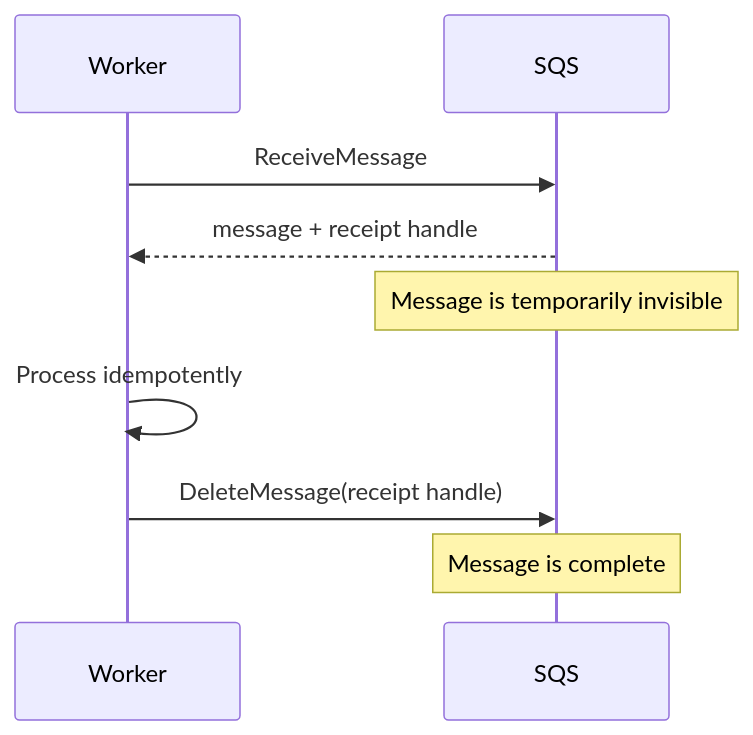
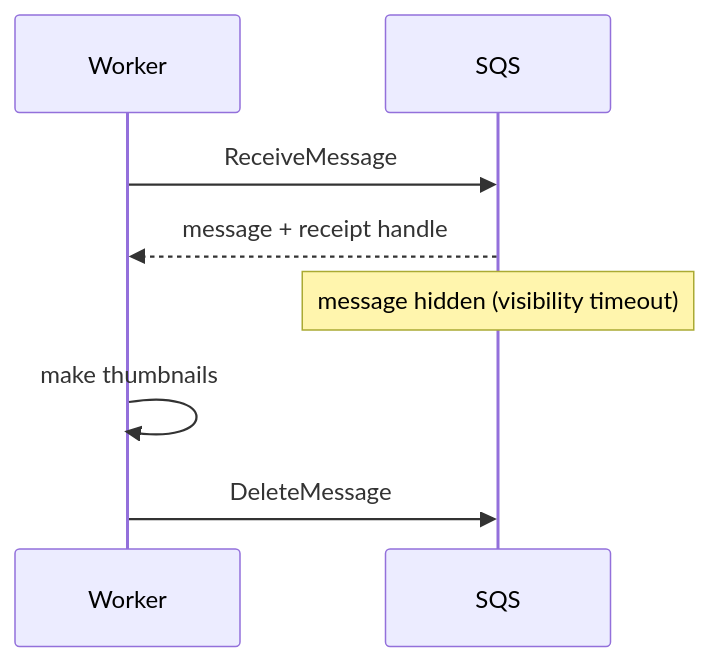
Before and after one commit to alanqi03/sys-design: the diagram in queues/sqs.md, drawn with Mermaid. The commit also changed other lines of this file and 6 other files, not shown here.

````diff
--- a/queues/sqs.md
+++ b/queues/sqs.md
@@ -67,11 +27,10 @@
 ```{mermaid}
 sequenceDiagram
   participant W as Worker
   participant Q as SQS
   W->>Q: ReceiveMessage
   Q-->>W: message + receipt handle
-  Note over Q: Message is temporarily invisible
-  W->>W: Process idempotently
-  W->>Q: DeleteMessage(receipt handle)
-  Note over Q: Message is complete
+  Note over Q: message hidden (visibility timeout)
+  W->>W: make thumbnails
+  W->>Q: DeleteMessage
 ```
````
